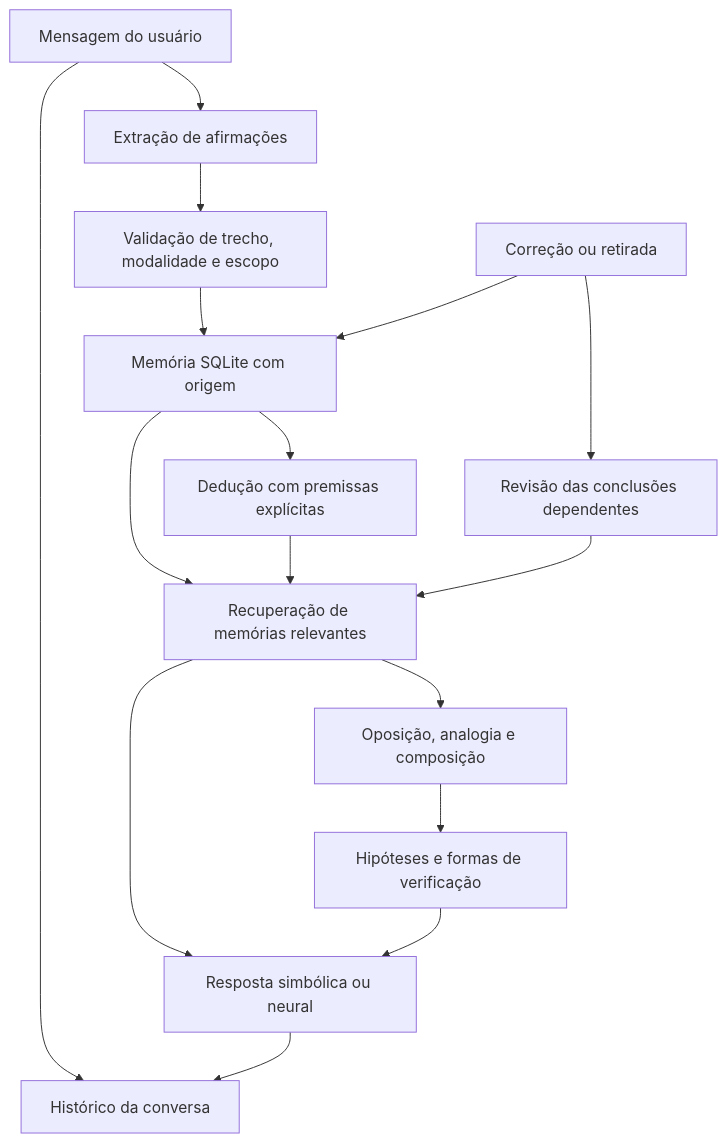
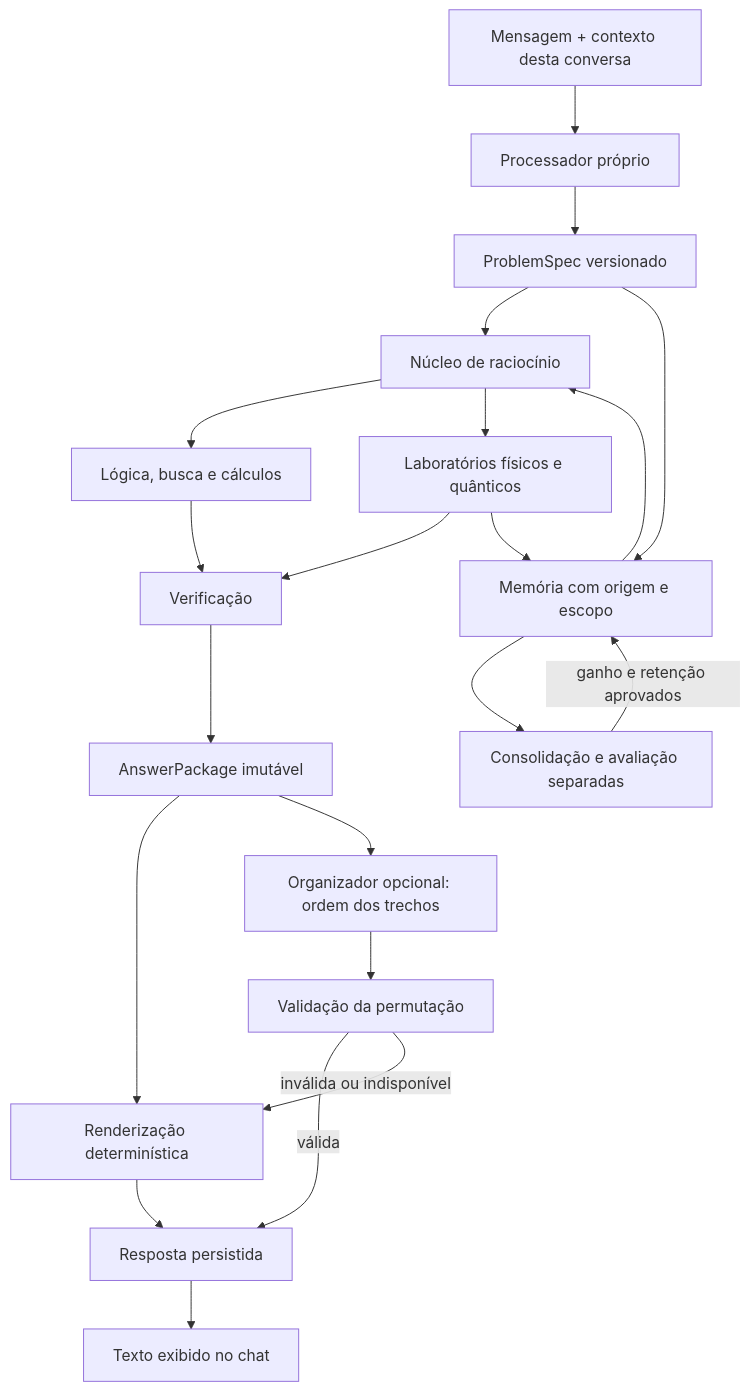
Before and after one commit to Matheus1gf/artificial-reasoning: the diagram in docs/CHATBOT_ARCHITECTURE.md, drawn with Mermaid. The commit also changed other lines of this file and 177 other files, not shown here.

````diff
--- a/docs/CHATBOT_ARCHITECTURE.md
+++ b/docs/CHATBOT_ARCHITECTURE.md
@@ -11,18 +7,23 @@
 ```mermaid
 flowchart TD
-    A[Mensagem do usuário] --> B[Extração de afirmações]
-    B --> C[Validação de trecho, modalidade e escopo]
-    C --> D[Memória SQLite com origem]
-    A --> E[Histórico da conversa]
-    D --> F[Dedução com premissas explícitas]
-    D --> G[Recuperação de memórias relevantes]
-    F --> G
-    G --> H[Oposição, analogia e composição]
-    H --> I[Hipóteses e formas de verificação]
-    G --> J[Resposta simbólica ou neural]
-    I --> J
-    J --> E
-    K[Correção ou retirada] --> D
-    K --> L[Revisão das conclusões dependentes]
-    L --> G
+    M[Mensagem + contexto desta conversa] --> P[Processador próprio]
+    P --> S[ProblemSpec versionado]
+    S --> K[Núcleo de raciocínio]
+    E[Memória com origem e escopo] --> K
+    K --> L[Lógica, busca e cálculos]
+    K --> X[Laboratórios físicos e quânticos]
+    L --> V[Verificação]
+    X --> V
+    V --> A[AnswerPackage imutável]
+    A --> D[Renderização determinística]
+    A --> Q[Organizador opcional: ordem dos trechos]
+    Q --> F[Validação da permutação]
+    F -->|válida| R[Resposta persistida]
+    F -->|inválida ou indisponível| D
+    D --> R
+    R --> U[Texto exibido no chat]
+    S --> E
+    X --> E
+    E --> C[Consolidação e avaliação separadas]
+    C -->|ganho e retenção aprovados| E
 ```
````
